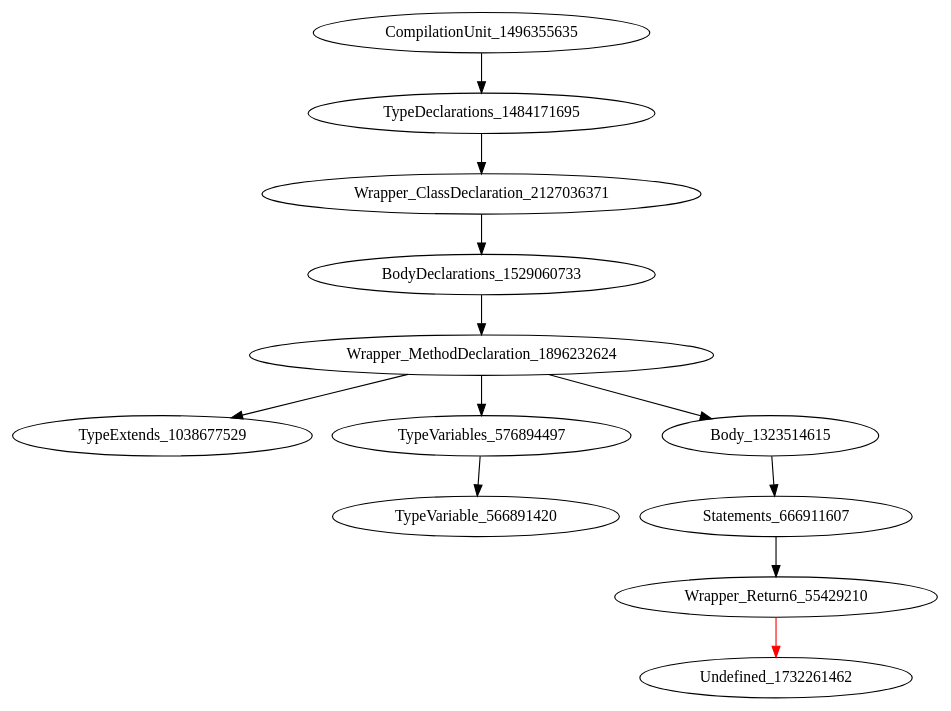
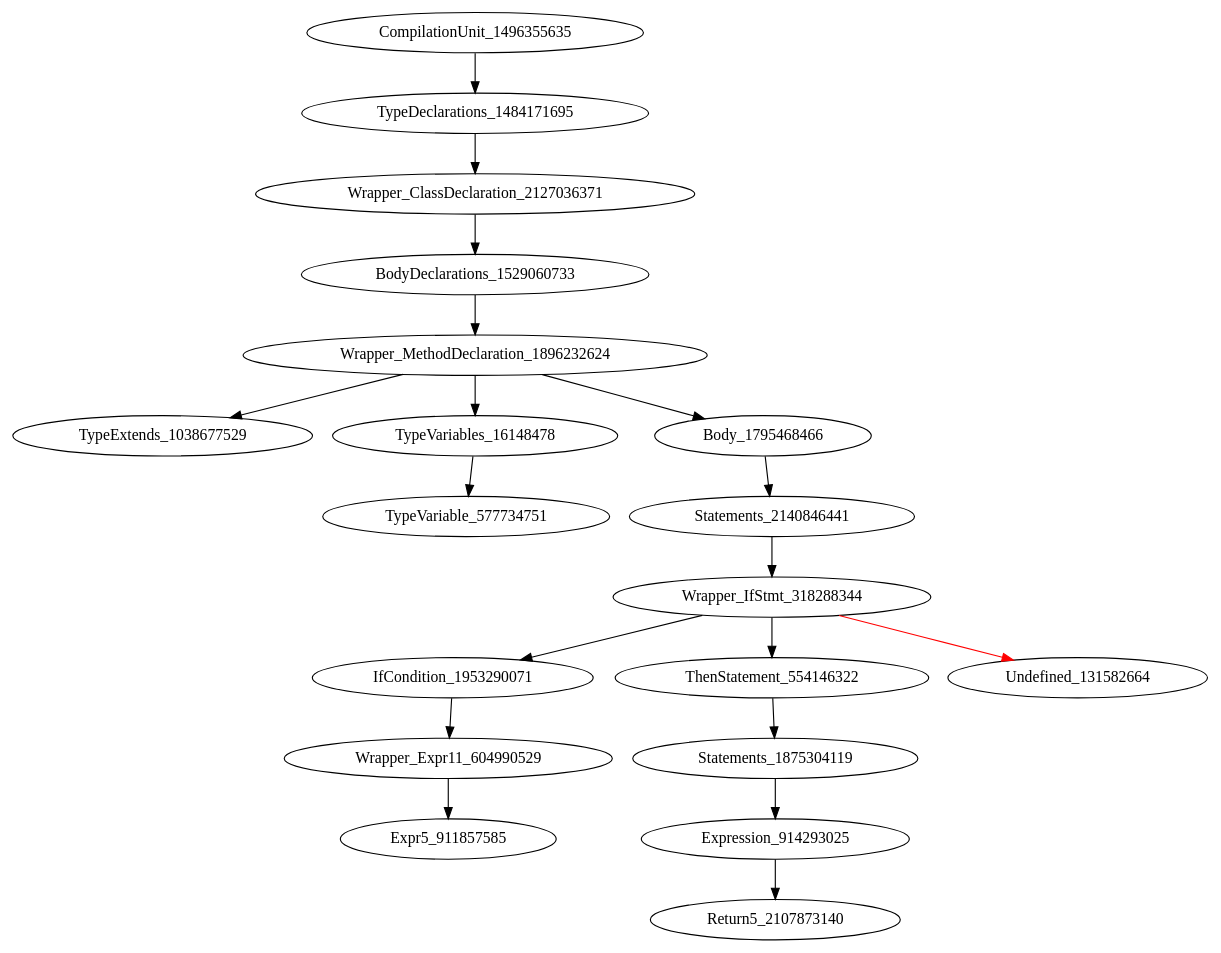
Before and after one commit to icse2023material/VoiceJava: the diagram in holeAST.dot, drawn with Graphviz. The commit also changed 23 other files, not shown here.

Commit message:
[add] testcases for returnStmt in while/for/if

```diff
--- a/holeAST.dot
+++ b/holeAST.dot
@@ -1,13 +1,20 @@
 digraph {
 CompilationUnit_1496355635 -> TypeDeclarations_1484171695
 TypeDeclarations_1484171695 -> Wrapper_ClassDeclaration_2127036371
 Wrapper_ClassDeclaration_2127036371 -> BodyDeclarations_1529060733
 BodyDeclarations_1529060733 -> Wrapper_MethodDeclaration_1896232624
 Wrapper_MethodDeclaration_1896232624 -> TypeExtends_1038677529
-Wrapper_MethodDeclaration_1896232624 -> TypeVariables_576894497
-Wrapper_MethodDeclaration_1896232624 -> Body_1323514615
-TypeVariables_576894497 -> TypeVariable_566891420
-Body_1323514615 -> Statements_666911607
-Statements_666911607 -> Wrapper_Return6_55429210
-Wrapper_Return6_55429210 -> Undefined_1732261462 [color = red] 
+Wrapper_MethodDeclaration_1896232624 -> TypeVariables_16148478
+Wrapper_MethodDeclaration_1896232624 -> Body_1795468466
+TypeVariables_16148478 -> TypeVariable_577734751
+Body_1795468466 -> Statements_2140846441
+Statements_2140846441 -> Wrapper_IfStmt_318288344
+Wrapper_IfStmt_318288344 -> IfCondition_1953290071
+Wrapper_IfStmt_318288344 -> ThenStatement_554146322
+Wrapper_IfStmt_318288344 -> Undefined_131582664 [color = red] 
+IfCondition_1953290071 -> Wrapper_Expr11_604990529
+ThenStatement_554146322 -> Statements_1875304119
+Wrapper_Expr11_604990529 -> Expr5_911857585
+Statements_1875304119 -> Expression_914293025
+Expression_914293025 -> Return5_2107873140
 }
```
